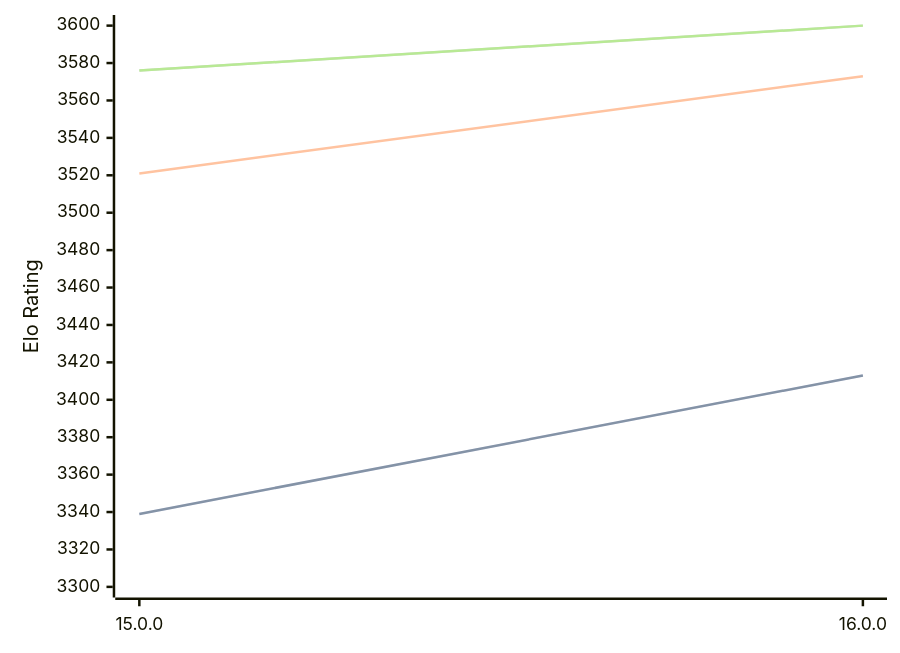
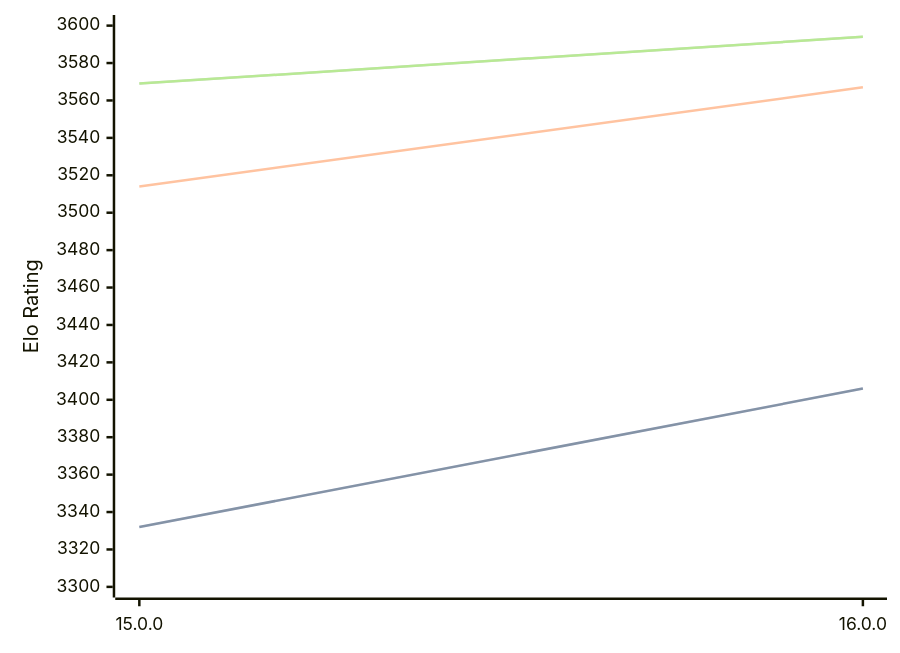
The diagram in engines/Halogen.md (computer-chess-index/cci), drawn with Mermaid before and after one commit. The commit also changed other lines of this file, not shown here.

Commit message:
Update CCI Ratings (ELO VLTC) - 2026-05-18

````diff
--- a/engines/Halogen.md
+++ b/engines/Halogen.md
@@ -50,11 +50,11 @@
 ```mermaid
 %%{init: {"theme":"base","themeVariables":{"seriesColors:['#a3a3a3','#222221','#faa371']}}}%%
 xychart-beta
   x-axis ["15.0.0", "16.0.0"]
   y-axis "Elo Rating" 3300 --> 3600
-  line "STC (8.0+0.08s)" [3339, 3413]
-  line "STC (8.0+0.08s)" [3339, 3413]
-  line "LTC (60.0+0.60s)" [3521, 3573]
-  line "VLTC (2m24s+1.12s)" [3576, 3600]
-  line "VLTC (2m24s+1.12s)" [3576, 3600]
+  line "STC (8.0+0.08s)" [3332, 3406]
+  line "STC (8.0+0.08s)" [3332, 3406]
+  line "LTC (60.0+0.60s)" [3514, 3567]
+  line "VLTC (2m24s+1.12s)" [3569, 3594]
+  line "VLTC (2m24s+1.12s)" [3569, 3594]
 ```
````
